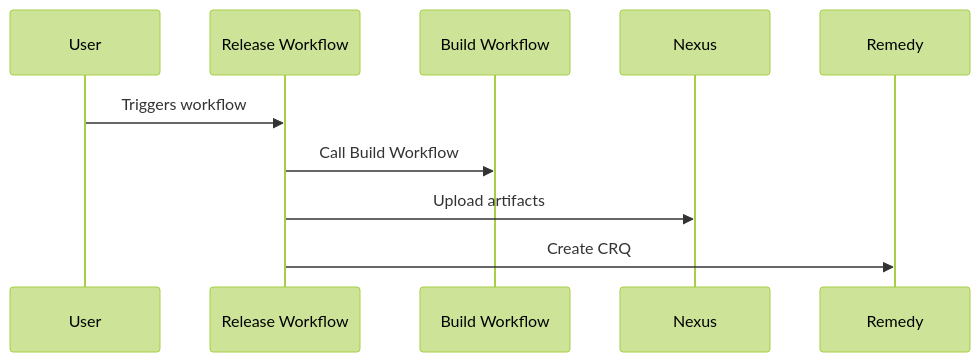
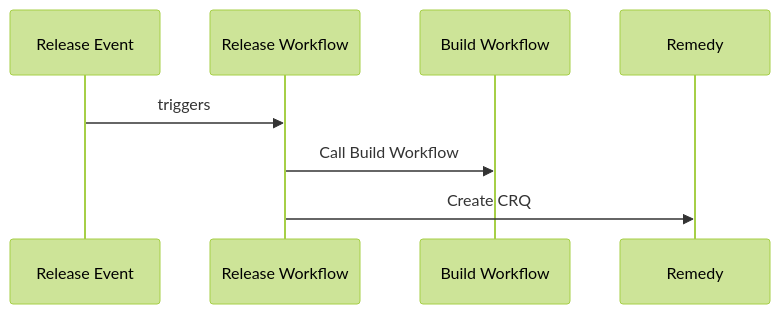
Before and after one commit to devarab1/Diagrams: the second of 4 diagrams in README.md, drawn with Mermaid (forest theme). The commit also changed other lines of this file, not shown here.

````diff
--- a/README.md
+++ b/README.md
@@ -23,13 +23,11 @@
 ```mermaid
 sequenceDiagram
-    participant User
+    participant Release Event
     participant Release Workflow
     participant Build Workflow
-    participant Nexus
     participant Remedy
 
-    User->>Release Workflow: Triggers workflow
+    Release Event->>Release Workflow: triggers
     Release Workflow->>Build Workflow: Call Build Workflow
-    Release Workflow->>Nexus: Upload artifacts
     Release Workflow->>Remedy: Create CRQ
 ```
````
